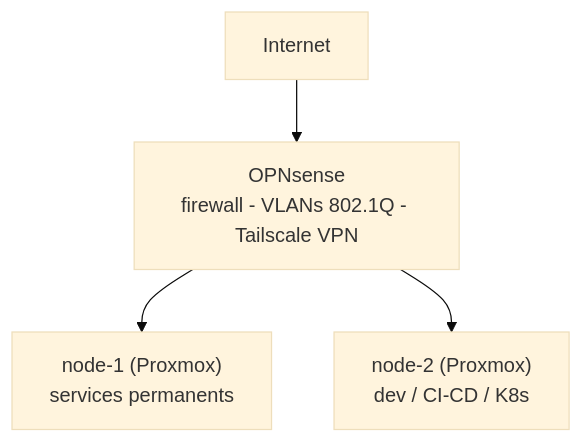
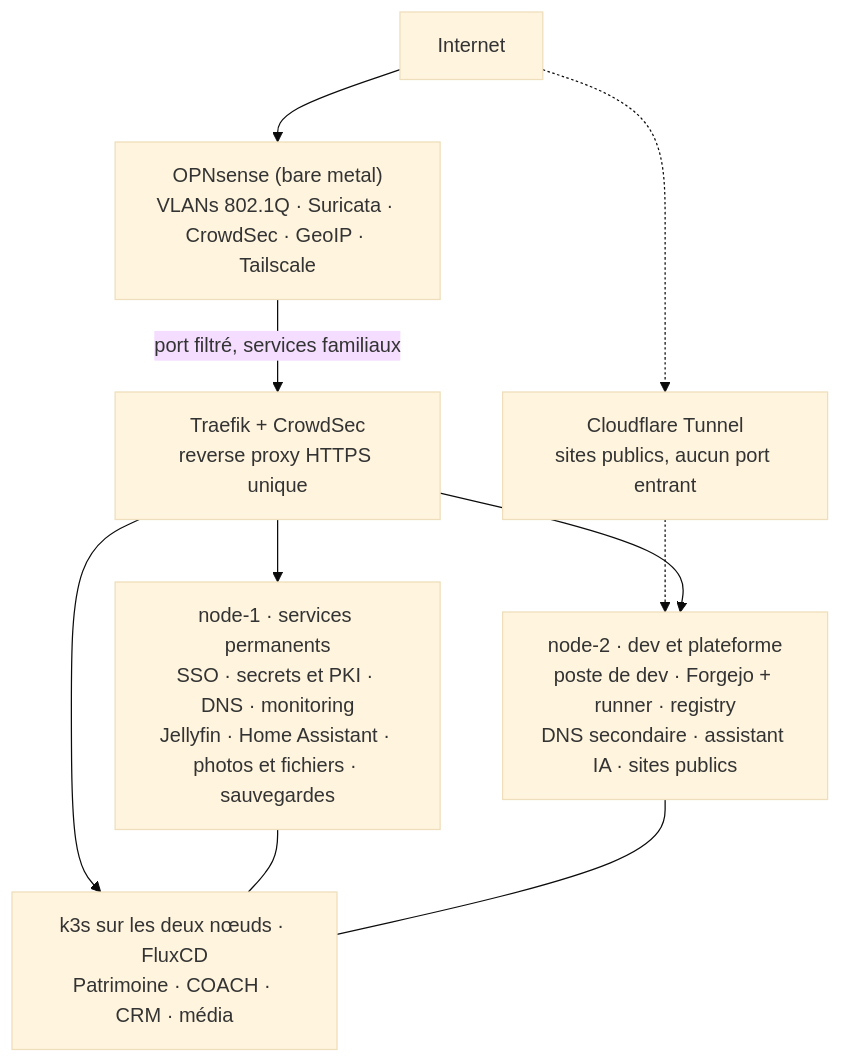
The diagram in src/content/projects/homelab.md (ECG-Rudy-Glt/portfolio), drawn with Mermaid (base theme) before and after one commit. The commit also changed other lines of this file and 19 other files, not shown here.

```diff
--- a/src/content/projects/homelab.md
+++ b/src/content/projects/homelab.md
@@ -47,11 +59,20 @@
 <pre class="mermaid">
 flowchart TB
     INTERNET["Internet"]
-    OPN["OPNsense<br/>firewall - VLANs 802.1Q - Tailscale VPN"]
-    N1["node-1 (Proxmox)<br/>services permanents"]
-    N2["node-2 (Proxmox)<br/>dev / CI-CD / K8s"]
+    CF["Cloudflare Tunnel<br/>sites publics, aucun port entrant"]
+    OPN["OPNsense (bare metal)<br/>VLANs 802.1Q · Suricata · CrowdSec · GeoIP · Tailscale"]
+    TRAEFIK["Traefik + CrowdSec<br/>reverse proxy HTTPS unique"]
+    N1["node-1 · services permanents<br/>SSO · secrets et PKI · DNS · monitoring<br/>Jellyfin · Home Assistant · photos et fichiers · sauvegardes"]
+    N2["node-2 · dev et plateforme<br/>poste de dev · Forgejo + runner · registry<br/>DNS secondaire · assistant IA · sites publics"]
+    K3S["k3s sur les deux nœuds · FluxCD<br/>Patrimoine · COACH · CRM · média"]
 
     INTERNET --> OPN
-    OPN --> N1
-    OPN --> N2
+    INTERNET -.-> CF
+    CF -.-> N2
+    OPN -->|"port filtré, services familiaux"| TRAEFIK
+    TRAEFIK --> N1
+    TRAEFIK --> N2
+    TRAEFIK --> K3S
+    N1 --- K3S
+    N2 --- K3S
 </pre>
```
